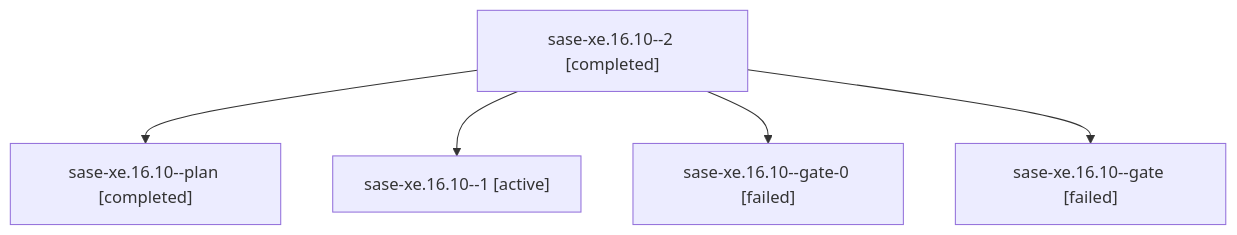
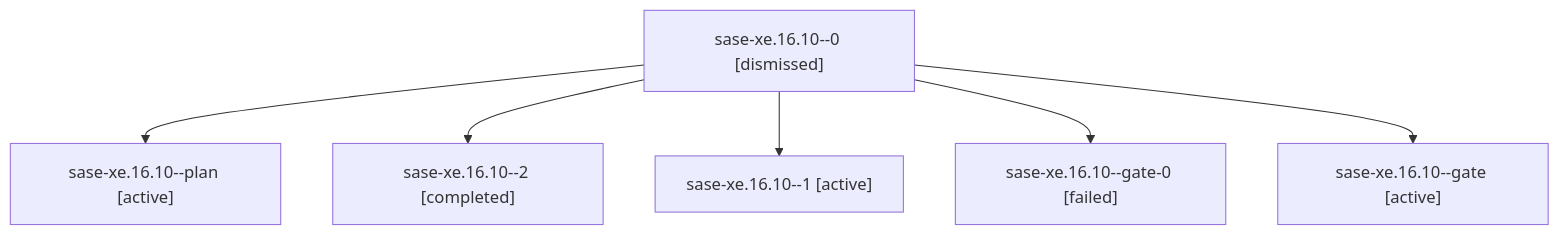
The diagram in families/bbugyi200.athena.sase-xe.16.10.md (sase-org/sase--agents), drawn with Mermaid before and after one commit. The commit also changed other lines of this file and 35830 other files, not shown here.

````diff
--- a/families/bbugyi200.athena.sase-xe.16.10.md
+++ b/families/bbugyi200.athena.sase-xe.16.10.md
@@ -9,12 +9,14 @@
 ```mermaid
 flowchart TD
-  n0["sase-xe.16.10--2 [completed]"]
-  n1["sase-xe.16.10--plan [completed]"]
+  n0["sase-xe.16.10--0 [dismissed]"]
+  n1["sase-xe.16.10--plan [active]"]
   n0 --> n1
-  n2["sase-xe.16.10--1 [active]"]
+  n2["sase-xe.16.10--2 [completed]"]
   n0 --> n2
-  n3["sase-xe.16.10--gate-0 [failed]"]
+  n3["sase-xe.16.10--1 [active]"]
   n0 --> n3
-  n4["sase-xe.16.10--gate [failed]"]
+  n4["sase-xe.16.10--gate-0 [failed]"]
   n0 --> n4
+  n5["sase-xe.16.10--gate [active]"]
+  n0 --> n5
 ```
````
